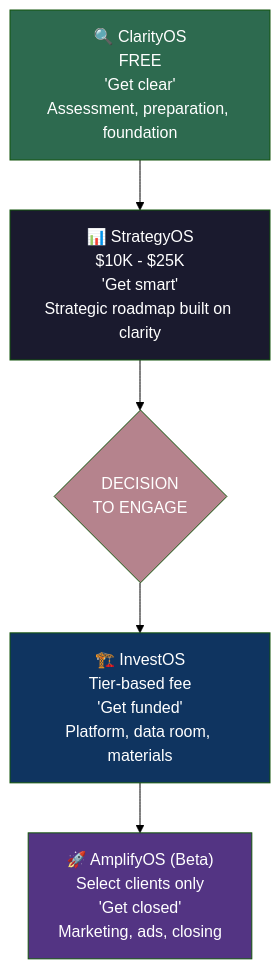
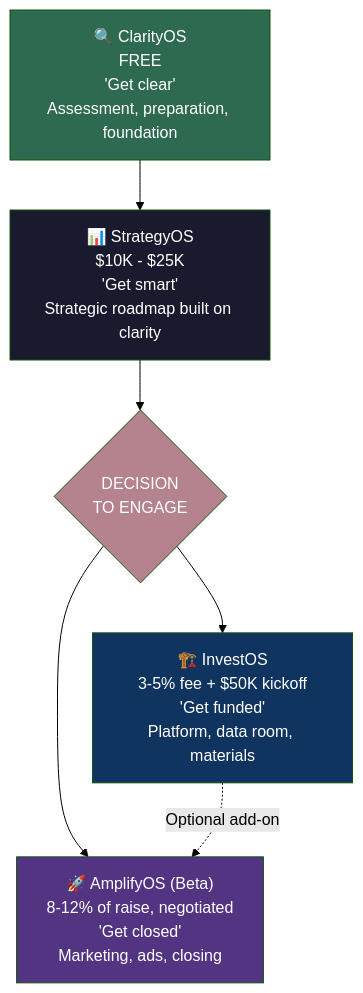
One commit to Light-Brands/qie changed the second of 7 diagrams in docs/investos/investos-revenue-channels-playbook-2026-03-05.md. Above: the diagram before and after it, drawn with Mermaid (forest theme). The commit also changed other lines of this file and 3 other files, not shown here.

First line of the commit message:
Decouple InvestOS and AmplifyOS into independent products with separate pricing

````diff
--- a/docs/investos/investos-revenue-channels-playbook-2026-03-05.md
+++ b/docs/investos/investos-revenue-channels-playbook-2026-03-05.md
@@ -121,16 +121,18 @@
 ```mermaid
 graph TD
     C["🔍 ClarityOS<br/>FREE<br/>'Get clear'<br/>Assessment, preparation, foundation"]
     S["📊 StrategyOS<br/>$10K - $25K<br/>'Get smart'<br/>Strategic roadmap built on clarity"]
     D{"DECISION<br/>TO ENGAGE"}
-    I["🏗️ InvestOS<br/>Tier-based fee<br/>'Get funded'<br/>Platform, data room, materials"]
-    A["🚀 AmplifyOS (Beta)<br/>Select clients only<br/>'Get closed'<br/>Marketing, ads, closing"]
+    I["🏗️ InvestOS<br/>3-5% fee + $50K kickoff<br/>'Get funded'<br/>Platform, data room, materials"]
+    A["🚀 AmplifyOS (Beta)<br/>8-12% of raise, negotiated<br/>'Get closed'<br/>Marketing, ads, closing"]
 
-    C --> S --> D --> I --> A
+    C --> S --> D --> I
+    D --> A
+    I -.->|"Optional add-on"| A
 
     style C fill:#2d6a4f,color:#fff
     style S fill:#1a1a2e,color:#fff
     style D fill:#b5838d,color:#fff
     style I fill:#0f3460,color:#fff
     style A fill:#533483,color:#fff
 ```
````
